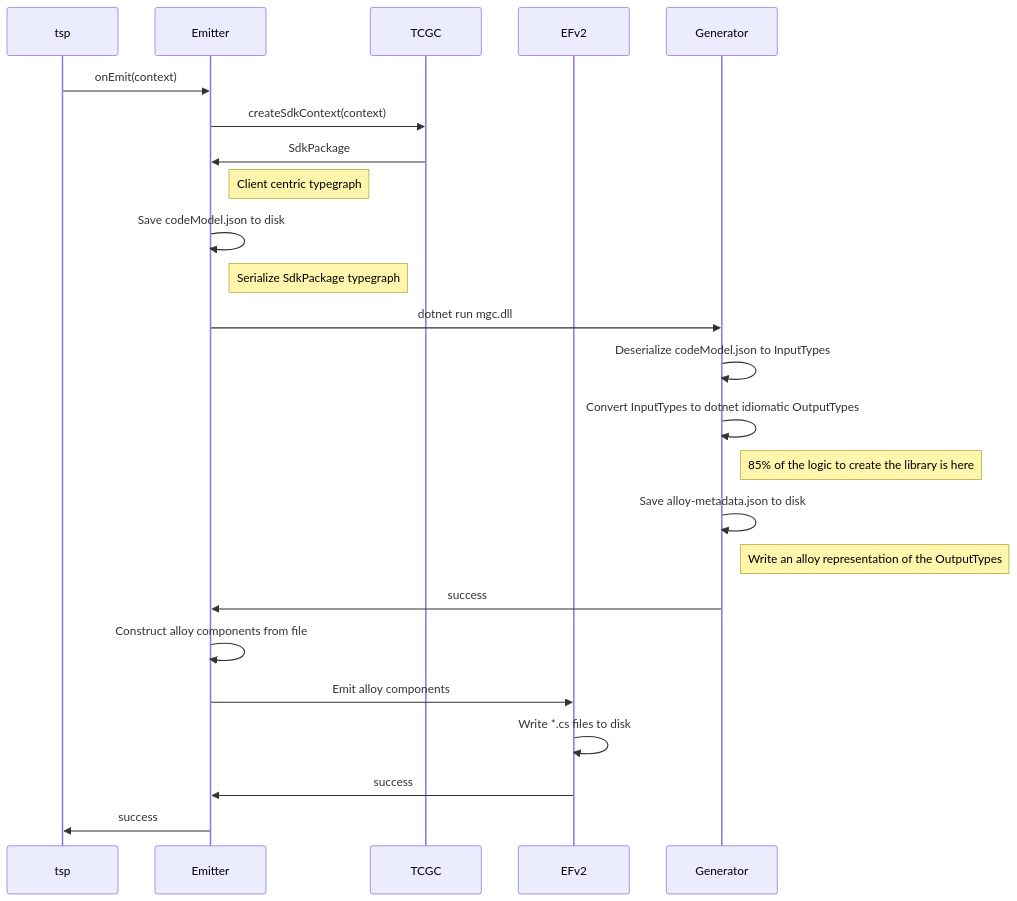
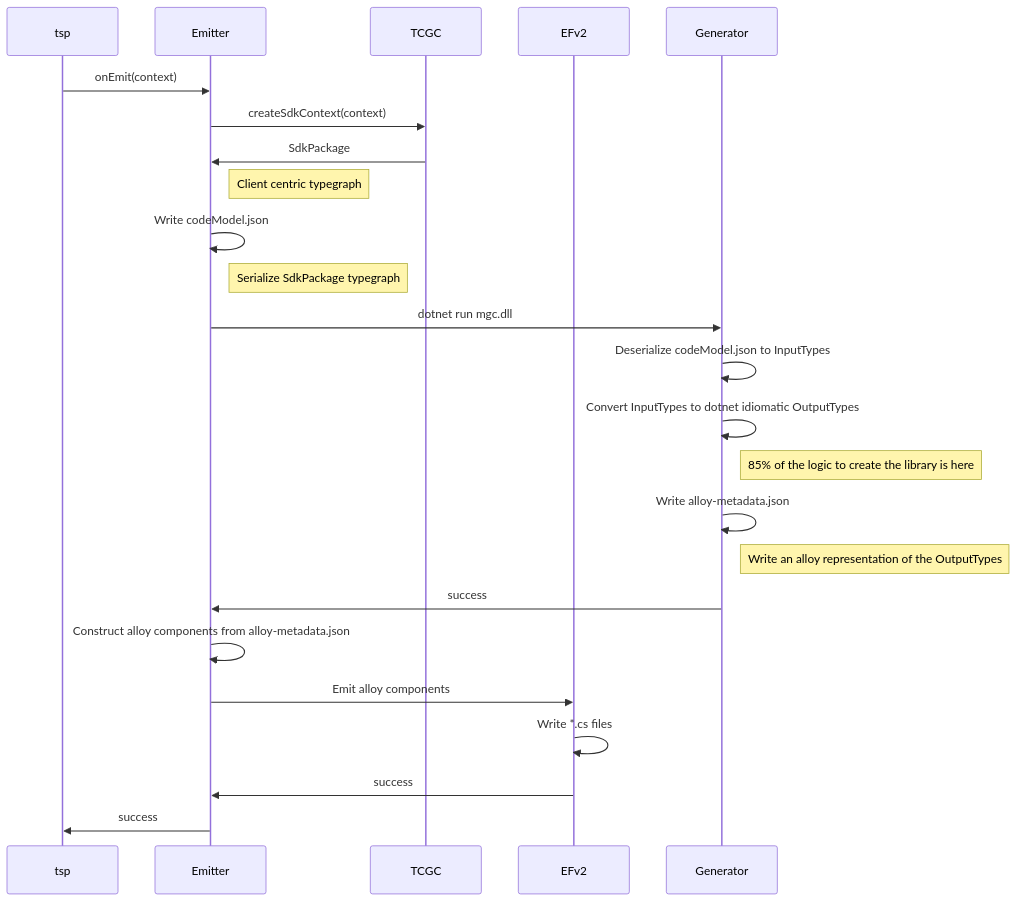
Before and after one commit to m-nash/typespec: the second of 3 diagrams in packages/http-client-csharp/generator/docs/Efv2.md, drawn with Mermaid. The commit also changed other lines of this file, not shown here.

Commit message:
update diagram

````diff
--- a/packages/http-client-csharp/generator/docs/Efv2.md
+++ b/packages/http-client-csharp/generator/docs/Efv2.md
@@ -363,26 +363,26 @@
 ```mermaid
 sequenceDiagram
     participant A as tsp
     participant B as Emitter
     participant C as TCGC
     participant D as EFv2
     participant E as Generator
     A->>B: onEmit(context)
     B->>C: createSdkContext(context)
     C->>B: SdkPackage
     Note right of B: Client centric typegraph
-    B->>B: Save codeModel.json to disk
+    B->>B: Write codeModel.json
     Note right of B: Serialize SdkPackage typegraph
     B->>E: dotnet run mgc.dll
     E->>E: Deserialize codeModel.json to InputTypes
     E->>E: Convert InputTypes to dotnet idiomatic OutputTypes
     Note right of E: 85% of the logic to create the library is here
-    E->>E: Save alloy-metadata.json to disk
+    E->>E: Write alloy-metadata.json
     Note right of E: Write an alloy representation of the OutputTypes
     E->>B: success
-    B->>B: Construct alloy components from file
+    B->>B: Construct alloy components from alloy-metadata.json
     B->>D: Emit alloy components
-    D->>D: Write *.cs files to disk
+    D->>D: Write *.cs files
     D->>B: success
     B->>A: success
 ```
````
